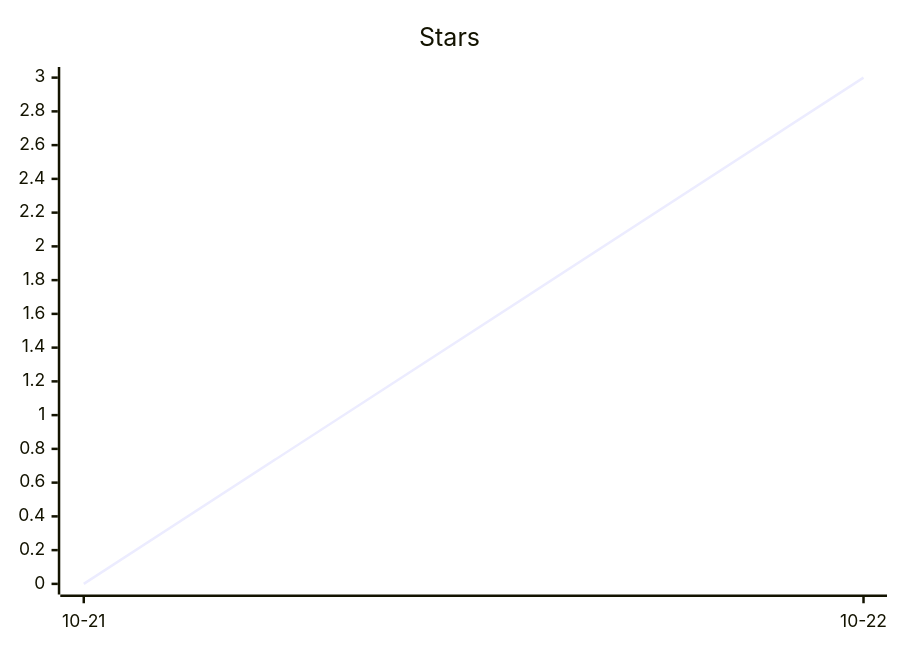
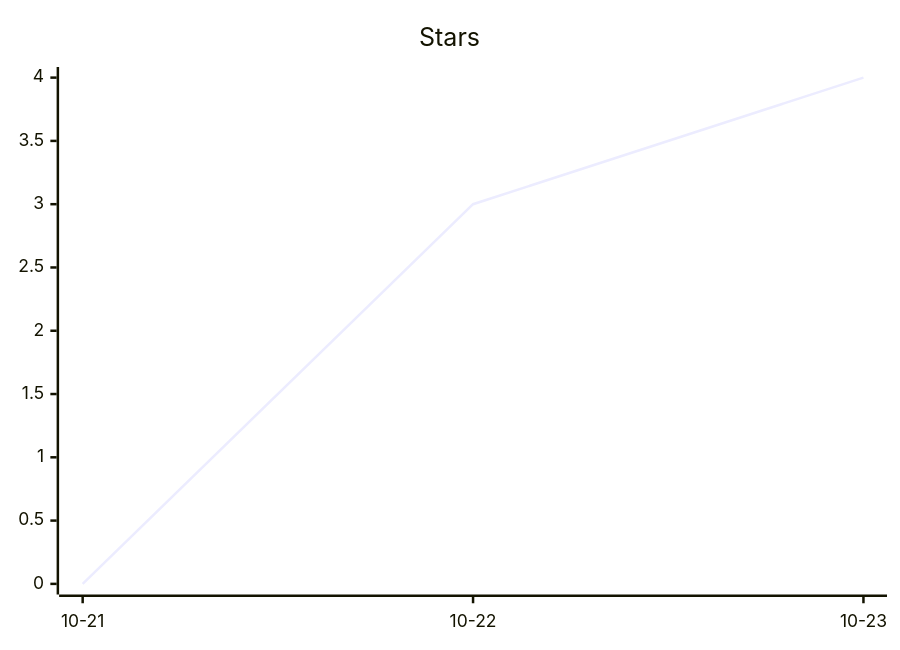
The second of 3 diagrams in README.md (ArtemkaGoldMan/ContextSwitcher), drawn with Mermaid before and after one commit. The commit also changed other lines of this file and 6 other files, not shown here.

````diff
--- a/README.md
+++ b/README.md
@@ -43,6 +43,6 @@
 ```mermaid
 xychart-beta
     title "Stars"
-    x-axis ["10-21", "10-22"]
-    line [0, 3]
+    x-axis ["10-21", "10-22", "10-23"]
+    line [0, 3, 4]
 ```
````
